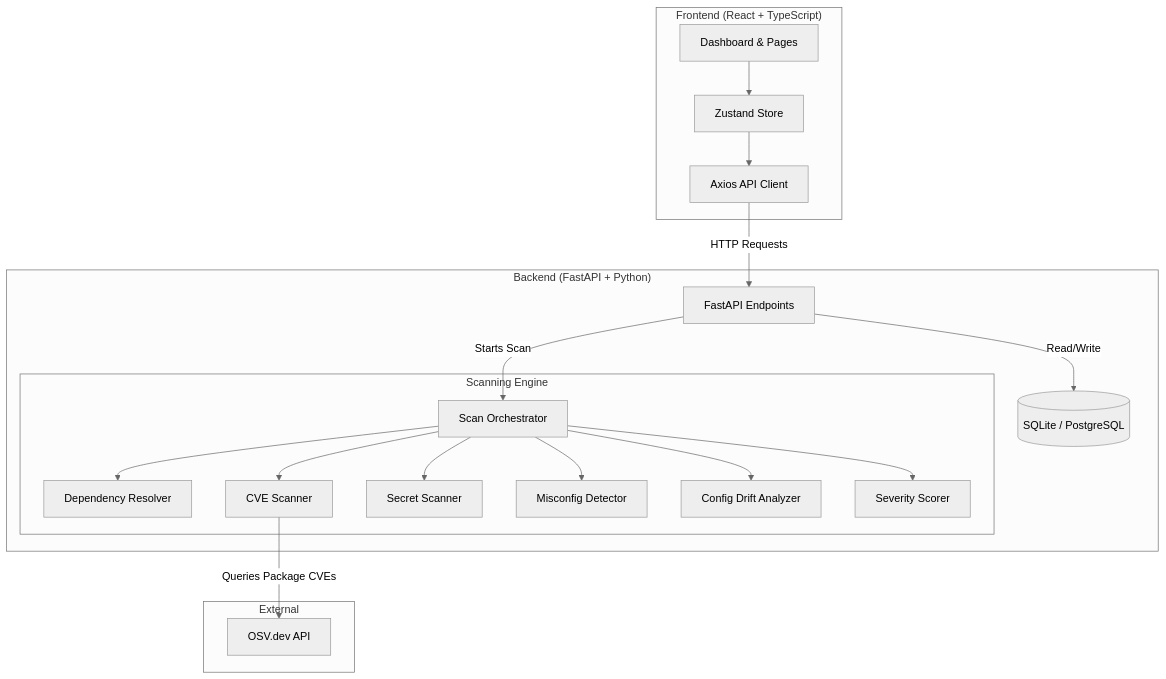
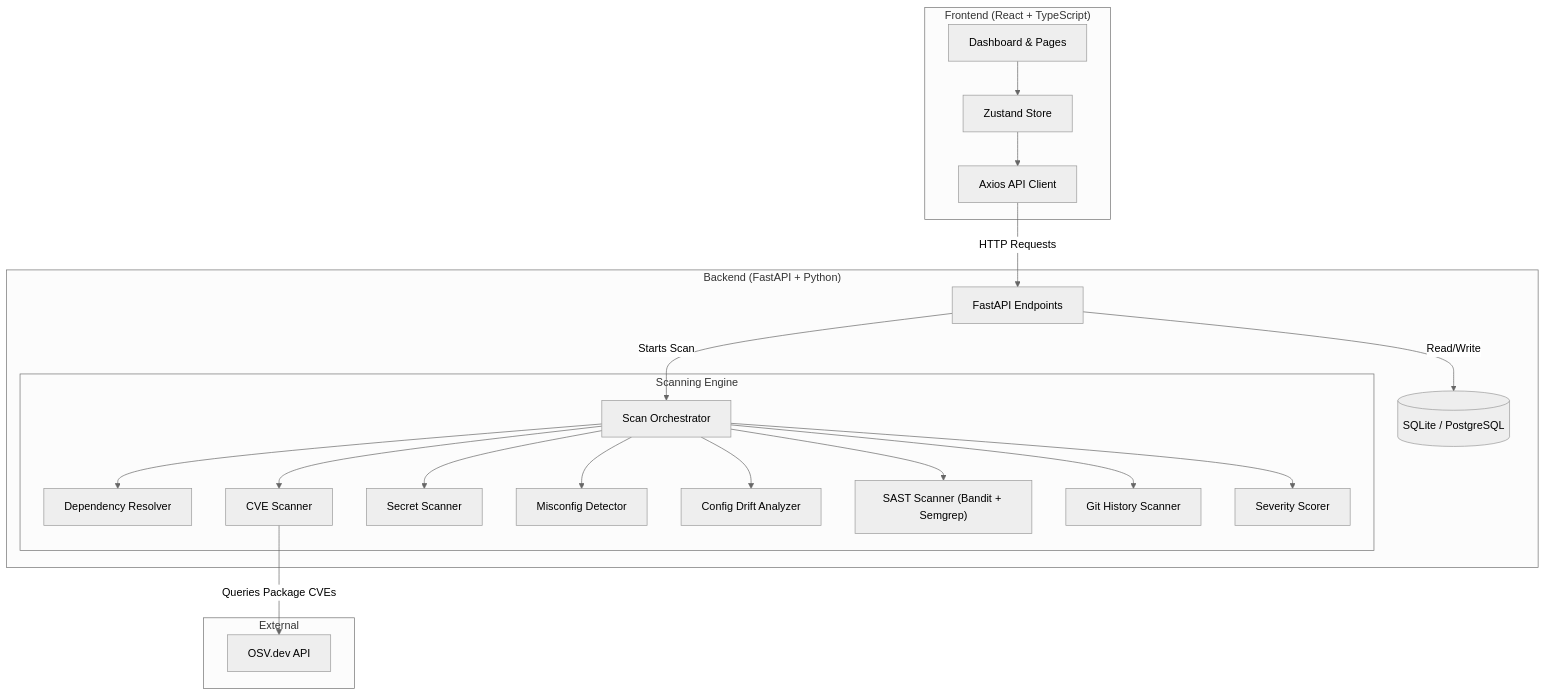
One commit to abhinavsingh2403/SovaScan changed the diagram in README.md. Above: the diagram before and after it, drawn with Mermaid (neutral theme). The commit also changed other lines of this file, not shown here.

Commit message:
Docs: Update README.md to describe remote cloning, WebSockets, SAST/Git history scanners, and linter updates

````diff
--- a/README.md
+++ b/README.md
@@ -35,41 +40,45 @@
 ```mermaid
 graph TD
     subgraph "Frontend (React + TypeScript)"
         UI["Dashboard & Pages"]
         Store["Zustand Store"]
         Client["Axios API Client"]
         UI --> Store
         Store --> Client
     end
 
     subgraph "Backend (FastAPI + Python)"
         API["FastAPI Endpoints"]
         Orch["Scan Orchestrator"]
         DB[("SQLite / PostgreSQL")]
         
         Client -->|HTTP Requests| API
         API -->|Starts Scan| Orch
         API -->|Read/Write| DB
         
         subgraph "Scanning Engine"
             Dep["Dependency Resolver"]
             CVE["CVE Scanner"]
             Sec["Secret Scanner"]
             Mis["Misconfig Detector"]
             Drift["Config Drift Analyzer"]
+            SAST["SAST Scanner (Bandit + Semgrep)"]
+            GitHist["Git History Scanner"]
             Scorer["Severity Scorer"]
             
             Orch --> Dep
             Orch --> CVE
             Orch --> Sec
             Orch --> Mis
             Orch --> Drift
+            Orch --> SAST
+            Orch --> GitHist
             Orch --> Scorer
         end
     end
 
     subgraph "External"
         OSV["OSV.dev API"]
         CVE -->|Queries Package CVEs| OSV
     end
 ```
````
